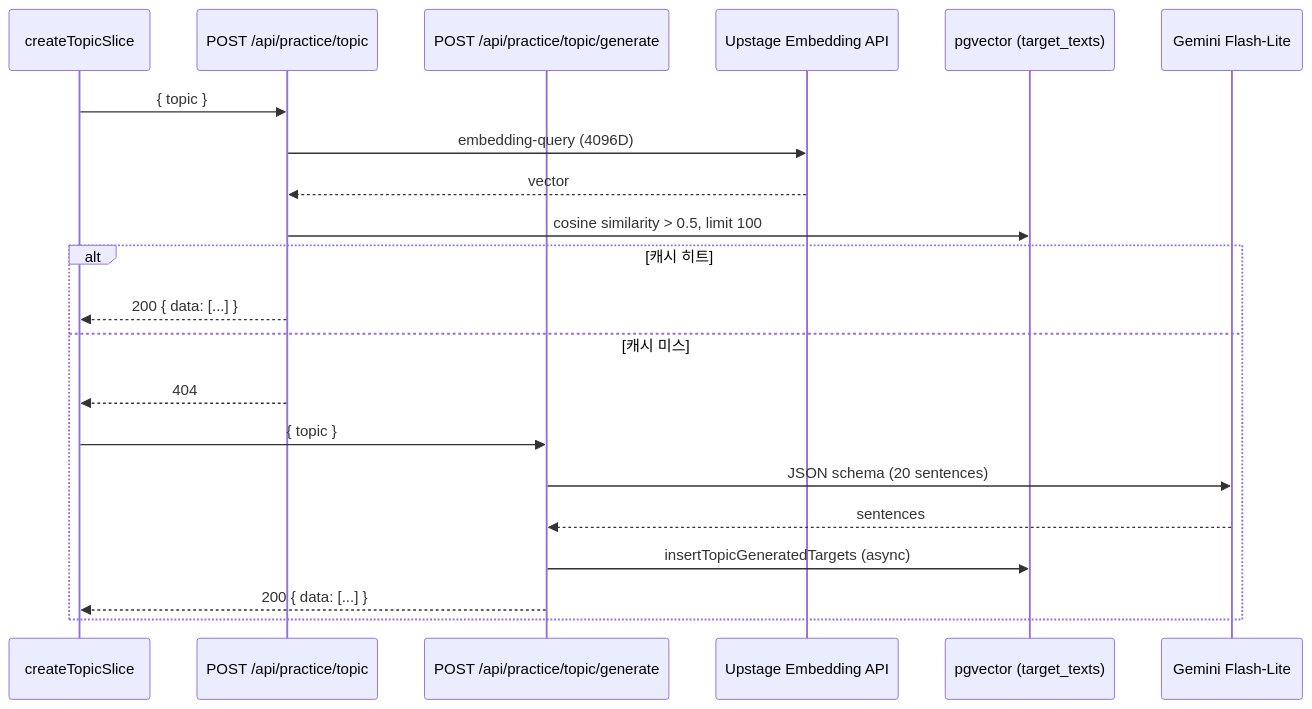
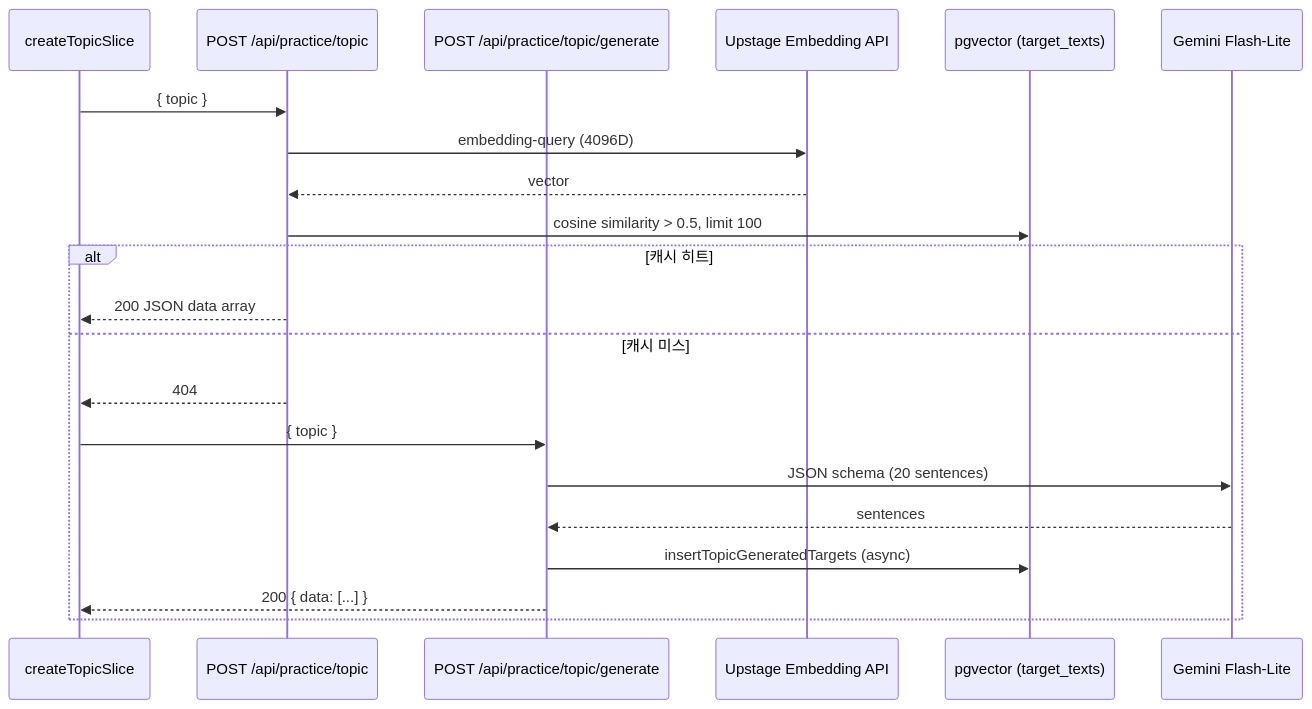
Before and after one commit to JSkutor/typediag: the diagram in docs/TOPIC_MODE.md, drawn with Mermaid. The commit also changed 16 other files, not shown here.

````diff
--- a/docs/TOPIC_MODE.md
+++ b/docs/TOPIC_MODE.md
@@ -16,25 +16,25 @@
 ```mermaid
 sequenceDiagram
     participant Client as createTopicSlice
     participant SearchAPI as POST /api/practice/topic
     participant GenAPI as POST /api/practice/topic/generate
     participant Upstage as Upstage Embedding API
     participant DB as pgvector (target_texts)
     participant Gemini as Gemini Flash-Lite
 
     Client->>SearchAPI: { topic }
     SearchAPI->>Upstage: embedding-query (4096D)
     Upstage-->>SearchAPI: vector
     SearchAPI->>DB: cosine similarity > 0.5, limit 100
 
     alt 캐시 히트
-        SearchAPI-->>Client: 200 { data: [...] }
+        SearchAPI-->>Client: 200 JSON data array
     else 캐시 미스
         SearchAPI-->>Client: 404
         Client->>GenAPI: { topic }
         GenAPI->>Gemini: JSON schema (20 sentences)
         Gemini-->>GenAPI: sentences
         GenAPI->>DB: insertTopicGeneratedTargets (async)
         GenAPI-->>Client: 200 { data: [...] }
     end
 ```
````
